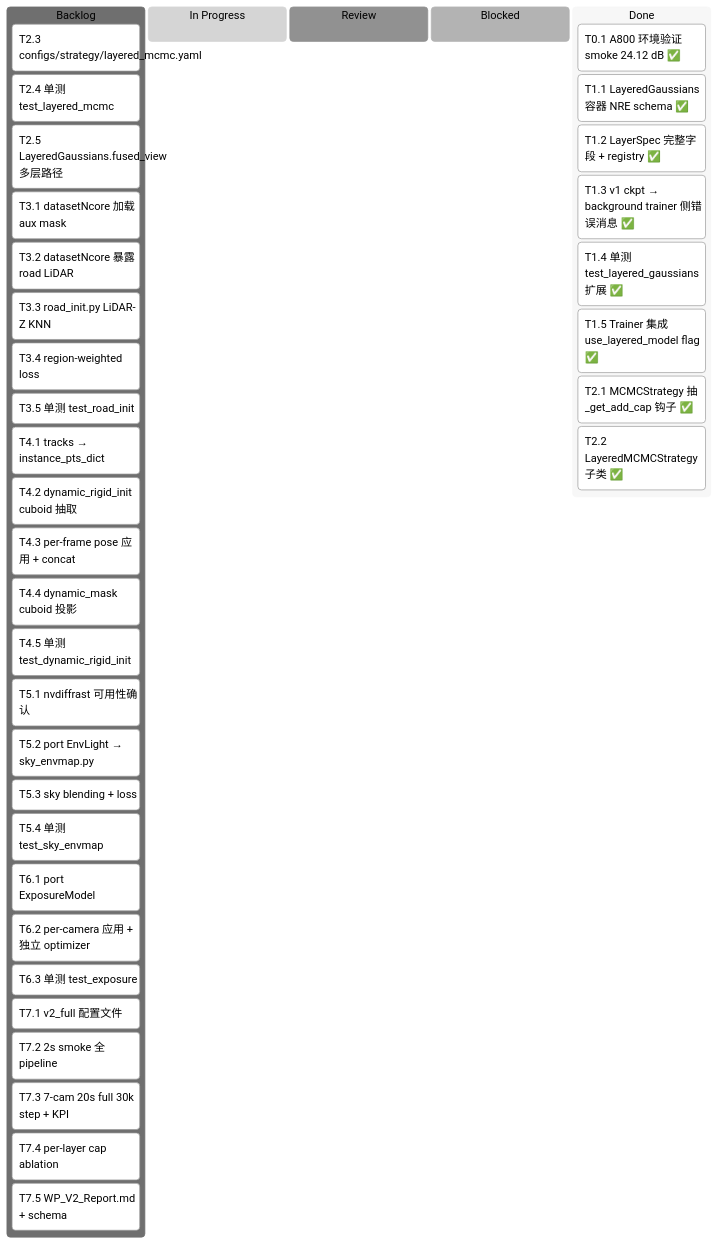
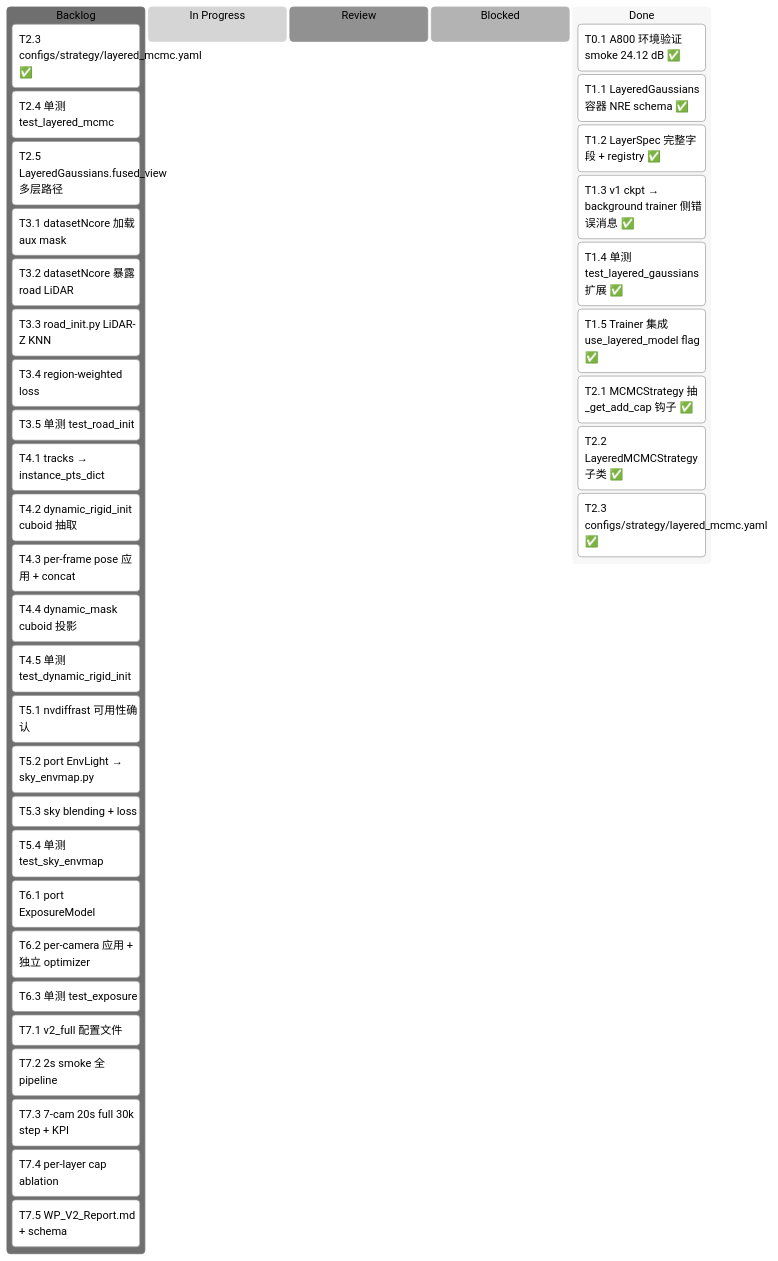
One commit to etendue/3dgrut changed the first of 3 diagrams in v2_plan.md. Above: the diagram before and after it, drawn with Mermaid (neutral theme). The commit also changed other lines of this file and 1 other file, not shown here.

````diff
--- a/v2_plan.md
+++ b/v2_plan.md
@@ -39,41 +39,42 @@
 ```mermaid
 kanban
   Backlog
-    [T2.3 configs/strategy/layered_mcmc.yaml]
+    [T2.3 configs/strategy/layered_mcmc.yaml ✅]
     [T2.4 单测 test_layered_mcmc]
     [T2.5 LayeredGaussians.fused_view 多层路径]
     [T3.1 datasetNcore 加载 aux mask]
     [T3.2 datasetNcore 暴露 road LiDAR]
     [T3.3 road_init.py LiDAR-Z KNN]
     [T3.4 region-weighted loss]
     [T3.5 单测 test_road_init]
     [T4.1 tracks → instance_pts_dict]
     [T4.2 dynamic_rigid_init cuboid 抽取]
     [T4.3 per-frame pose 应用 + concat]
     [T4.4 dynamic_mask cuboid 投影]
     [T4.5 单测 test_dynamic_rigid_init]
     [T5.1 nvdiffrast 可用性确认]
     [T5.2 port EnvLight → sky_envmap.py]
     [T5.3 sky blending + loss]
     [T5.4 单测 test_sky_envmap]
     [T6.1 port ExposureModel]
     [T6.2 per-camera 应用 + 独立 optimizer]
     [T6.3 单测 test_exposure]
     [T7.1 v2_full 配置文件]
     [T7.2 2s smoke 全 pipeline]
     [T7.3 7-cam 20s full 30k step + KPI]
     [T7.4 per-layer cap ablation]
     [T7.5 WP_V2_Report.md + schema]
   In Progress
   Review
   Blocked
   Done
     [T0.1 A800 环境验证 smoke 24.12 dB ✅]
     [T1.1 LayeredGaussians 容器 NRE schema ✅]
     [T1.2 LayerSpec 完整字段 + registry ✅]
     [T1.3 v1 ckpt → background trainer 侧错误消息 ✅]
     [T1.4 单测 test_layered_gaussians 扩展 ✅]
     [T1.5 Trainer 集成 use_layered_model flag ✅]
     [T2.1 MCMCStrategy 抽 _get_add_cap 钩子 ✅]
     [T2.2 LayeredMCMCStrategy 子类 ✅]
+    [T2.3 configs/strategy/layered_mcmc.yaml ✅]
 ```
````
